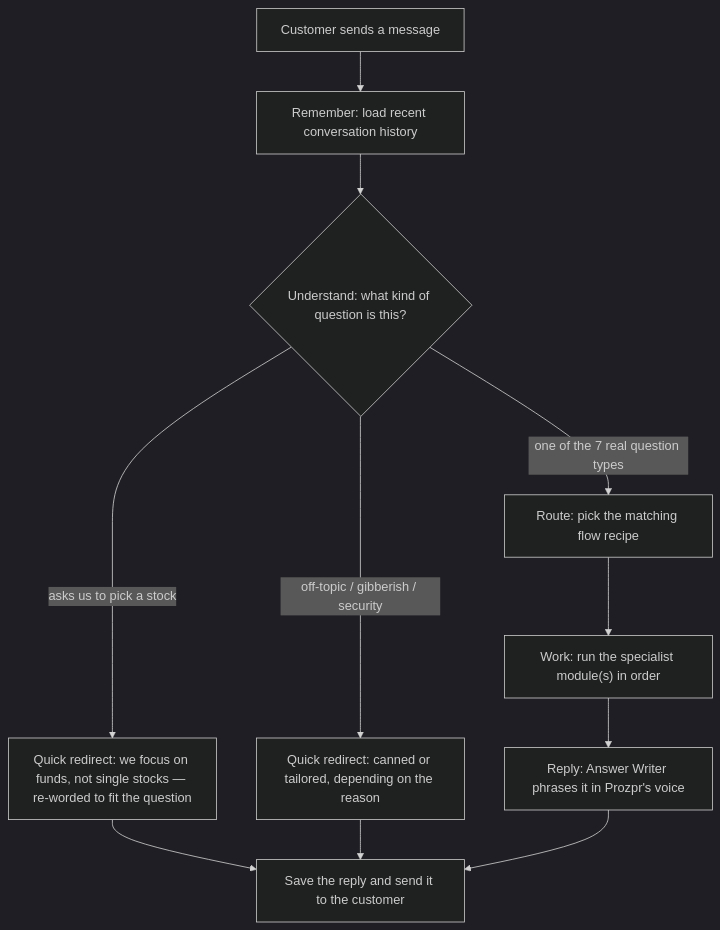
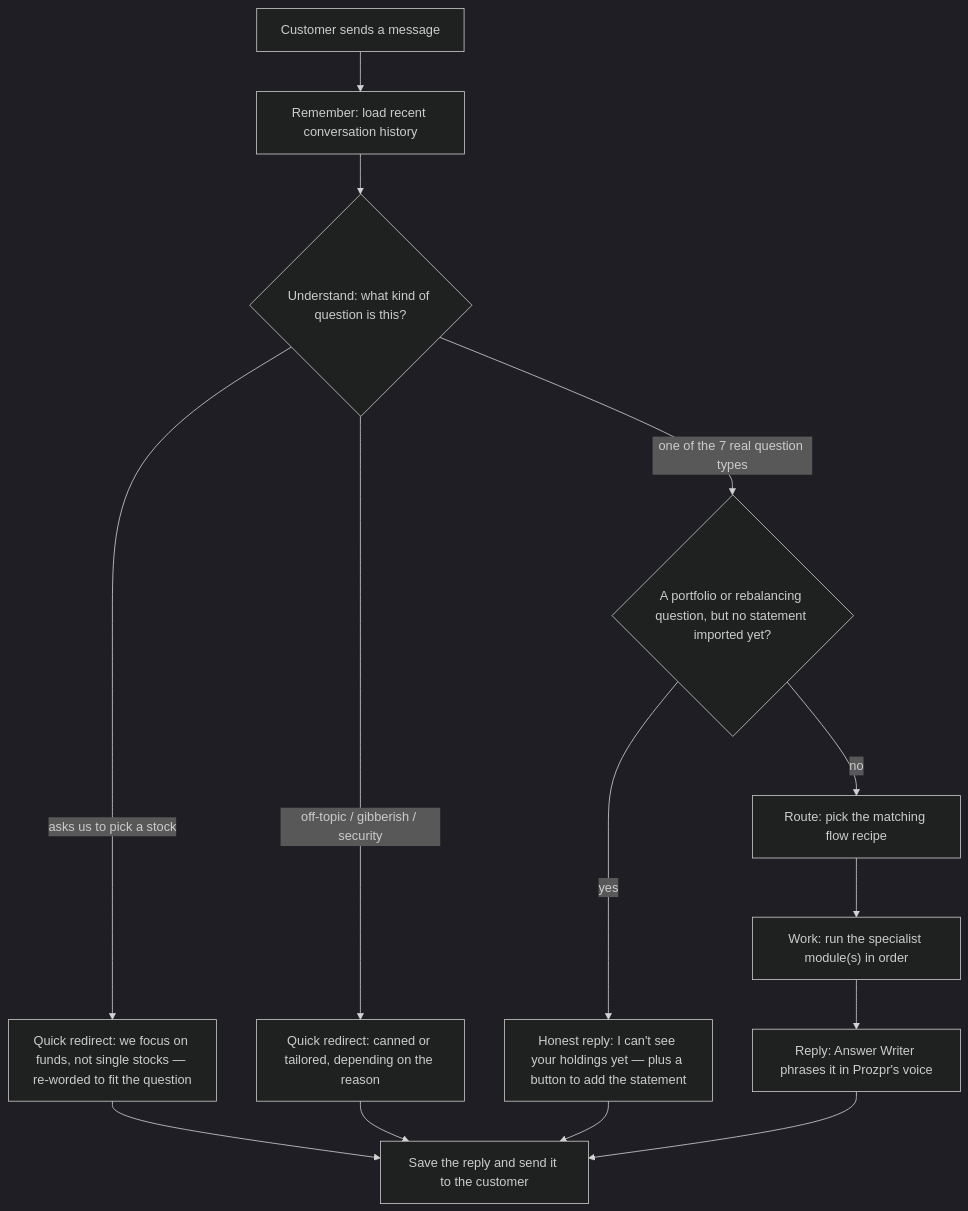
The first of 5 diagrams in AI_Agents/Reference_docs/Tech_reference_docs/CHAT_FLOW.md (tilly5317-lab/Prozpr_Backend), drawn with Mermaid (dark theme) before and after one commit. The commit also changed other lines of this file and 23 other files, not shown here.

````diff
--- a/AI_Agents/Reference_docs/Tech_reference_docs/CHAT_FLOW.md
+++ b/AI_Agents/Reference_docs/Tech_reference_docs/CHAT_FLOW.md
@@ -17,13 +17,16 @@
 ```mermaid
 flowchart TD
     A["Customer sends a message"] --> B["Remember: load recent conversation history"]
     B --> C{"Understand: what kind of question is this?"}
     C -->|"asks us to pick a stock"| Z1["Quick redirect: we focus on funds, not single stocks — re-worded to fit the question"]
     C -->|"off-topic / gibberish / security"| Z2["Quick redirect: canned or tailored, depending on the reason"]
-    C -->|"one of the 7 real question types"| D["Route: pick the matching flow recipe"]
+    C -->|"one of the 7 real question types"| P{"A portfolio or rebalancing question, but no statement imported yet?"}
+    P -->|"yes"| Z3["Honest reply: I can't see your holdings yet — plus a button to add the statement"]
+    P -->|"no"| D["Route: pick the matching flow recipe"]
     D --> E["Work: run the specialist module(s) in order"]
     E --> F["Reply: Answer Writer phrases it in Prozpr's voice"]
     Z1 --> G["Save the reply and send it to the customer"]
     Z2 --> G
+    Z3 --> G
     F --> G
 ```
````
